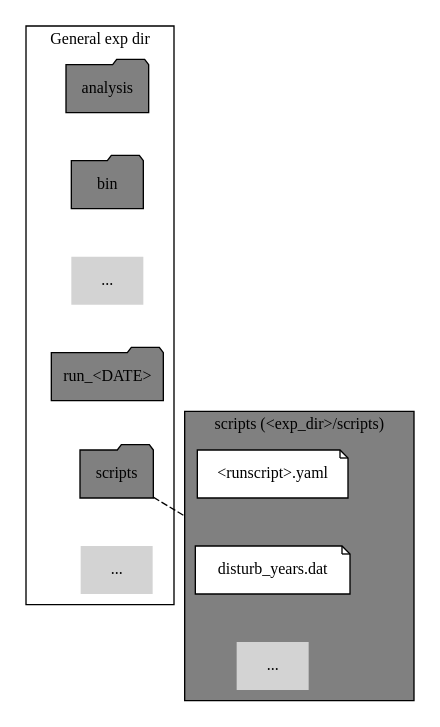
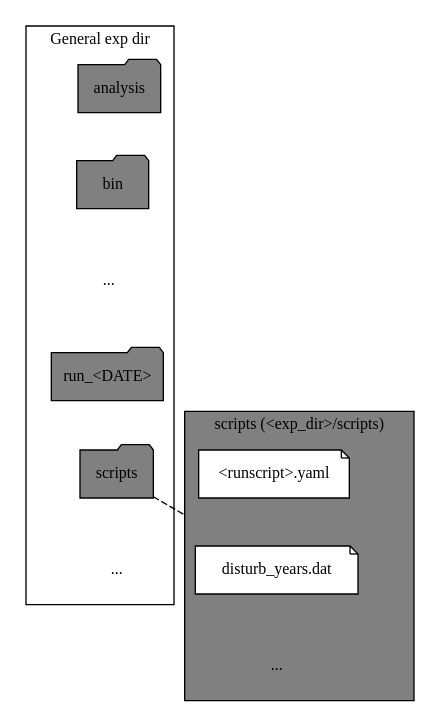
One commit to esm-tools/esm_tools changed the diagram in docs/graph/echam_disturbance.dot. Above: the diagram before and after it, drawn with Graphviz. The commit also changed 1 other file, not shown here.

Commit message:
graph improved

```diff
--- a/docs/graph/echam_disturbance.dot
+++ b/docs/graph/echam_disturbance.dot
@@ -1,50 +1,51 @@
 digraph "echam_disturbance" {
     size="10.0";
     graph [fontname="Verdana", fontsize="12"];
     node [fontname="Verdana", fontsize="12"];
     edge [fontname="Sans", fontsize="12"];
     rankdir="TB";
     compound=true;
 
     # GENERAL FOLDER SUBGROUP
     subgraph cluster0
     {
         label="General exp dir";
         node [style=filled];
         fontname="bold";
         color=black;
 
         # SUBFOLDERS
         ane [label="analysis", shape="folder", fillcolor="gray", style=filled];
         bie [label="bin", shape="folder", fillcolor="gray", style=filled];
-        dt1 [label="...", shape="none", size=15];
+        dt1 [label="...", shape="none", size=15, fillcolor="white"];
         rue [label="run_<DATE>", shape="folder", fillcolor="gray", style=filled];
         sce [label="scripts", shape="folder", fillcolor="gray", style=filled];
-        dt2 [label="...", shape="none", size=15];
+        dt2 [label="...", shape="none", size=15, fillcolor="white"];
 
         # VERTICAL ALIGNMENT OF SUBFOLDERS
         ane -> bie -> dt1 -> rue -> sce -> dt2[style=invis];
     }
 
     # SCRIPS FOLDER SUBGROUP
     subgraph cluster1
     {
         label="scripts (<exp_dir>/scripts)";
         node [style=filled];
         fontname="bold";
         style=filled;
         color=black;
         fillcolor=gray;
 
         # SUBFOLDERS
         run [label="<runscript>.yaml", shape="note", fillcolor="white", style=filled];
-        diy [label="disturb_years.dat", shape="note", fontname="bolde", fillcolor="white", style=filled];
-        pt3 [label="...", shape="none", size=15];
+        diy [label="disturb_years.dat", shape="note", fontname="bold", fillcolor="white", style=filled];
+        pt3 [label="...", shape="none", size=15, fillcolor="gray"];
 
         # VERTICAL ALIGNMENT OF SUBFOLDERS
         run -> diy -> pt3[style=invis];
     }
 
     # LINK SCRIPTS FOLDER WITH THE SCRIPTS FOLDER GROUP (DASHED LINE). lhead_cluster MAKES THE LINE TO STOP AT THE SCRIPTS FODLER CLUSTER
     sce -> diy[lhead=cluster1, dir=none, style=dashed, constrain=false];
+    ane -> run[style=invis];
 }
```
